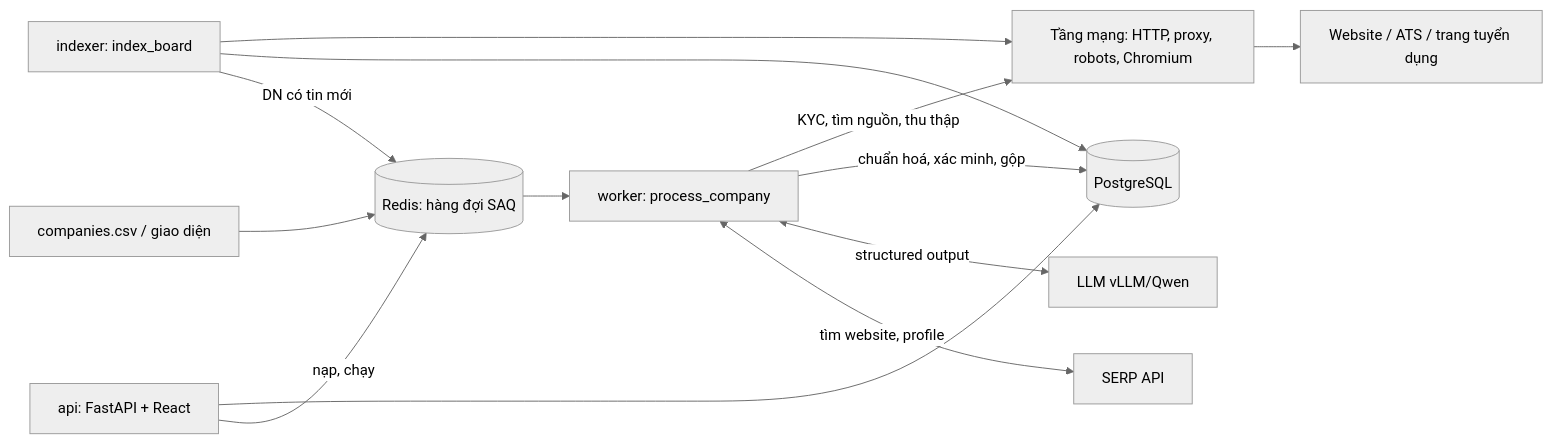
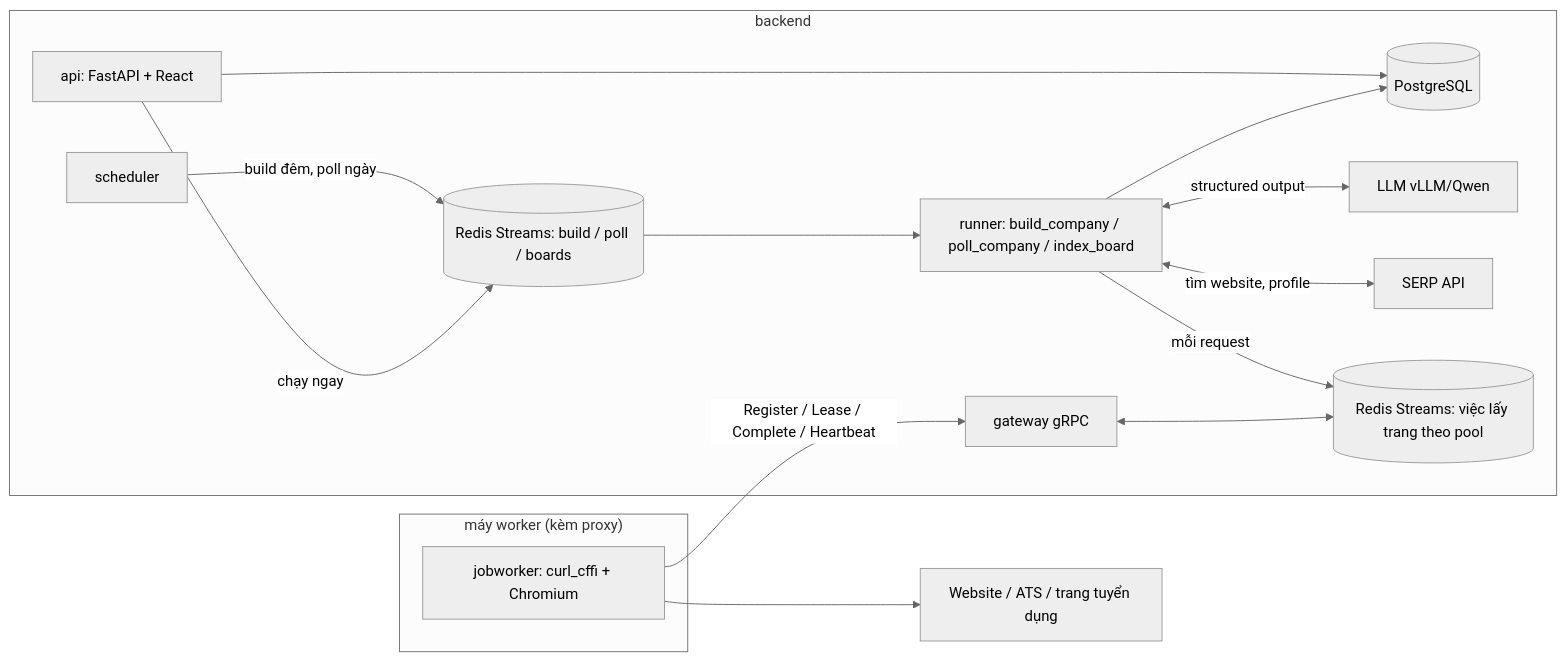
Before and after one commit to ntthanh2603/job-crawler: the first of 5 diagrams in docs/ARCHITECTURE.md, drawn with Mermaid (neutral theme). The commit also changed other lines of this file and 3 other files, not shown here.

First line of the commit message:
docs: architecture, operations and 10k deployment for build/poll + workers

````diff
--- a/docs/ARCHITECTURE.md
+++ b/docs/ARCHITECTURE.md
@@ -22,15 +36,18 @@
 ```mermaid
 flowchart LR
-  CSV[companies.csv / giao diện] --> Q[(Redis: hàng đợi SAQ)]
-  Q --> W[worker: process_company]
-  W -->|KYC, tìm nguồn, thu thập| NET[Tầng mạng: HTTP, proxy, robots, Chromium]
-  NET --> SITES[Website / ATS / trang tuyển dụng]
-  W -->|chuẩn hoá, xác minh, gộp| DB[(PostgreSQL)]
-  W <-->|structured output| LLM[LLM vLLM/Qwen]
-  W <-->|tìm website, profile| SERP[SERP API]
-  CRON[indexer: index_board] --> NET
-  CRON --> DB
-  CRON -->|DN có tin mới| Q
-  API[api: FastAPI + React] --> DB
-  API -->|nạp, chạy| Q
+  subgraph backend
+    API[api: FastAPI + React] --> DB[(PostgreSQL)]
+    SCH[scheduler] -->|build đêm, poll ngày| Q[(Redis Streams: build / poll / boards)]
+    API -->|chạy ngay| Q
+    Q --> RUN[runner: build_company / poll_company / index_board]
+    RUN --> DB
+    RUN <-->|structured output| LLM[LLM vLLM/Qwen]
+    RUN <-->|tìm website, profile| SERP[SERP API]
+    RUN -->|mỗi request| FQ[(Redis Streams: việc lấy trang theo pool)]
+    GW[gateway gRPC] <--> FQ
+  end
+  subgraph "máy worker (kèm proxy)"
+    W[jobworker: curl_cffi + Chromium] -->|Register / Lease / Complete / Heartbeat| GW
+  end
+  W --> SITES[Website / ATS / trang tuyển dụng]
 ```
````
